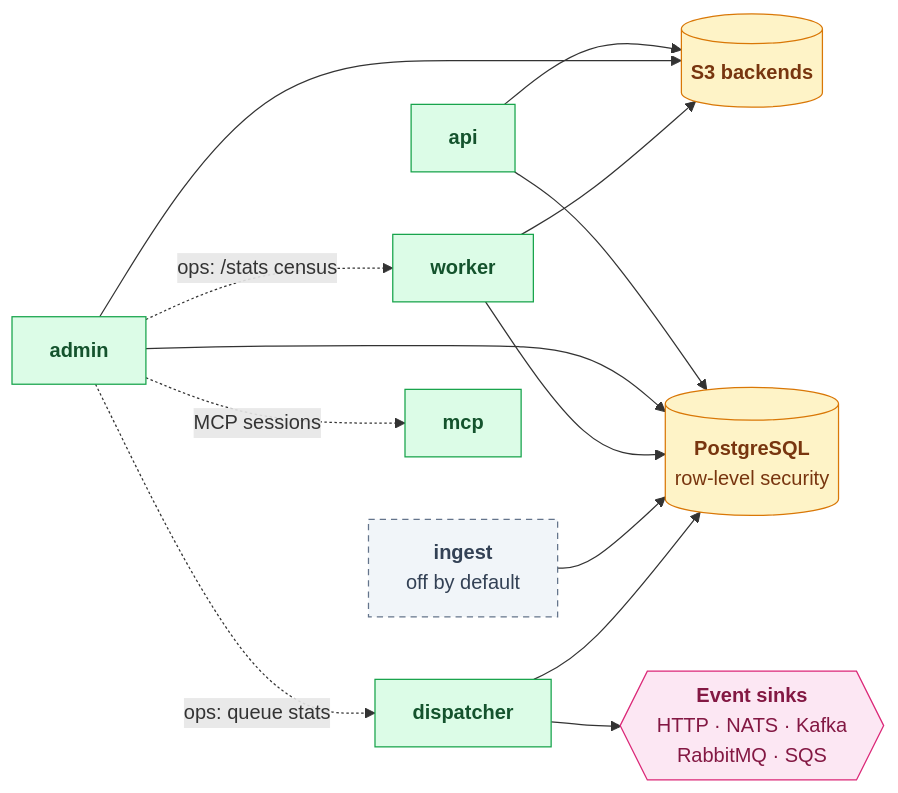
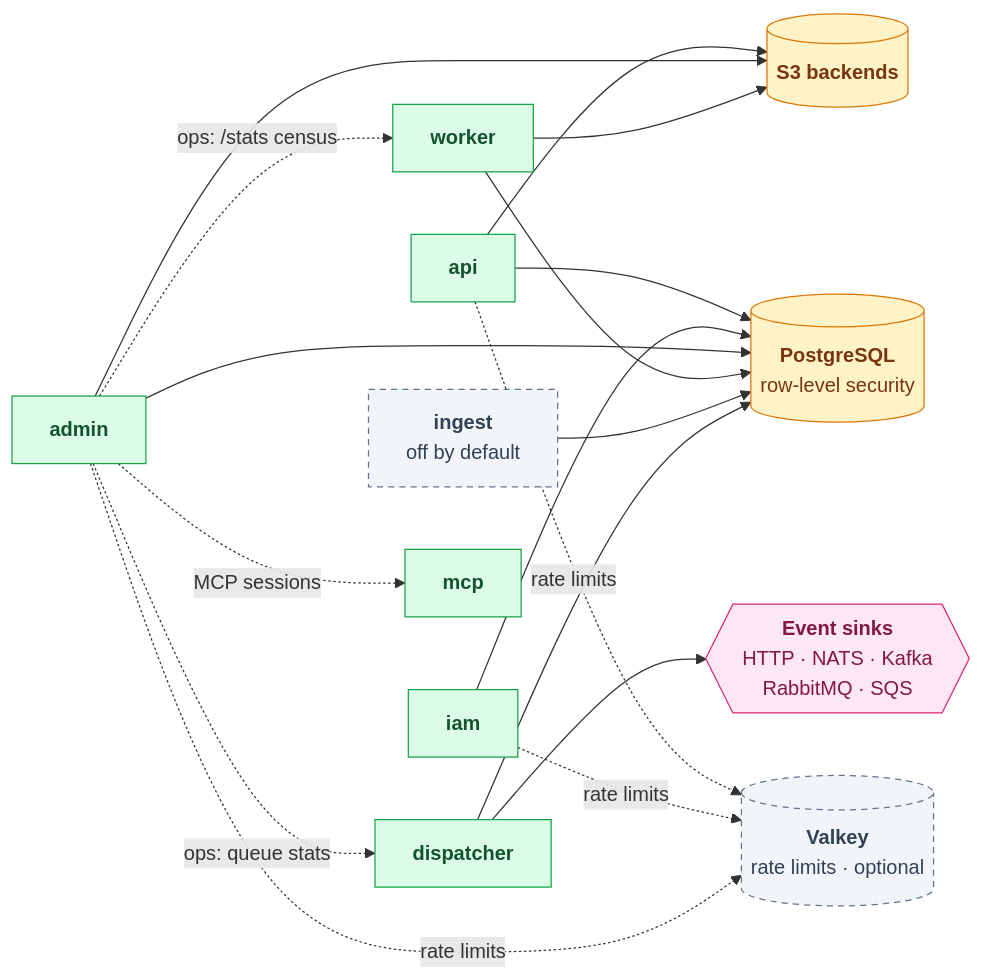
The second of 3 diagrams in ARCHITECTURE.md (oleg-tkachuk/paladin), drawn with Mermaid before and after one commit. The commit also changed other lines of this file and 2 other files, not shown here.

Commit message:
docs: show the optional Valkey and the iam role on the diagrams

````diff
--- a/ARCHITECTURE.md
+++ b/ARCHITECTURE.md
@@ -70,37 +72,41 @@
 ```mermaid
 flowchart LR
     api["<b>api</b>"]
+    iam["<b>iam</b>"]
     admin["<b>admin</b>"]
     worker["<b>worker</b>"]
     ingest["<b>ingest</b><br/>off by default"]
     dispatcher["<b>dispatcher</b>"]
     mcp["<b>mcp</b>"]
 
     s3[("<b>S3 backends</b>")]
     pg[("<b>PostgreSQL</b><br/>row-level security")]
+    vk[("<b>Valkey</b><br/>rate limits · optional")]
     sinks{{"<b>Event sinks</b><br/>HTTP · NATS · Kafka<br/>RabbitMQ · SQS"}}
 
     api --> s3
     admin --> s3
     worker --> s3
     api --> pg
+    iam --> pg
     admin --> pg
     worker --> pg
     ingest --> pg
     dispatcher --> pg
     dispatcher --> sinks
     admin -. "ops: /stats census" .-> worker
     admin -. "ops: queue stats" .-> dispatcher
     admin -. "MCP sessions" .-> mcp
+    api & iam & admin -. "rate limits" .-> vk
 
     classDef client fill:#E0F2FE,stroke:#0284C7,color:#0C4A6E
     classDef ui fill:#EDE9FE,stroke:#7C3AED,color:#3B0764
     classDef role fill:#DCFCE7,stroke:#16A34A,color:#14532D
     classDef optional fill:#F1F5F9,stroke:#64748B,color:#334155,stroke-dasharray:5 4
     classDef store fill:#FEF3C7,stroke:#D97706,color:#78350F
     classDef external fill:#FCE7F3,stroke:#DB2777,color:#831843
-    class api,admin,worker,dispatcher,mcp role
-    class ingest optional
+    class api,iam,admin,worker,dispatcher,mcp role
+    class ingest,vk optional
     class pg,s3 store
     class sinks external
 ```
````
